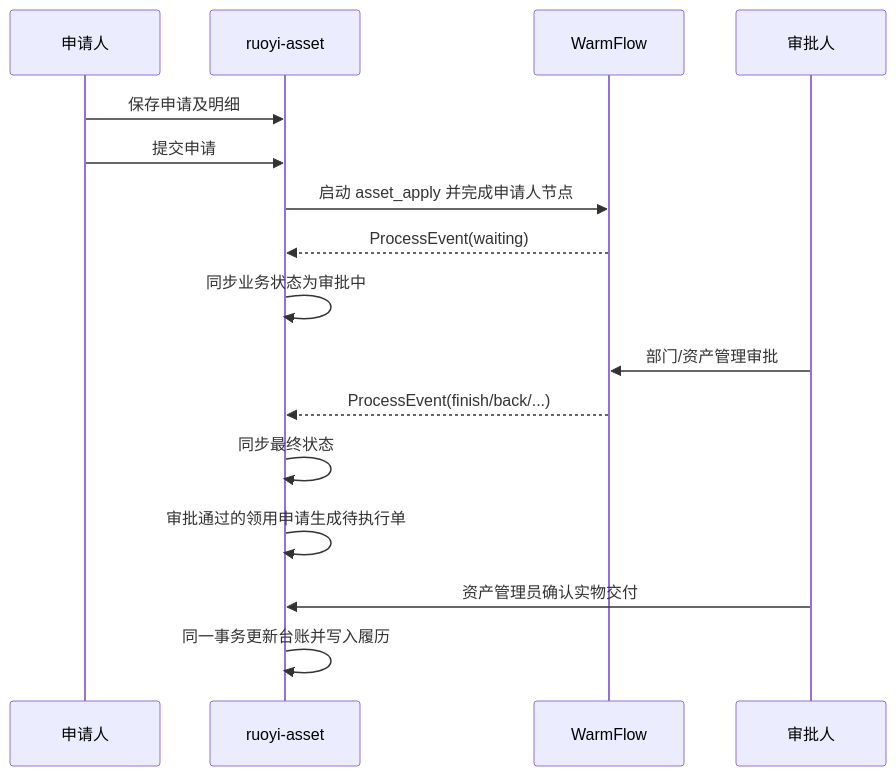
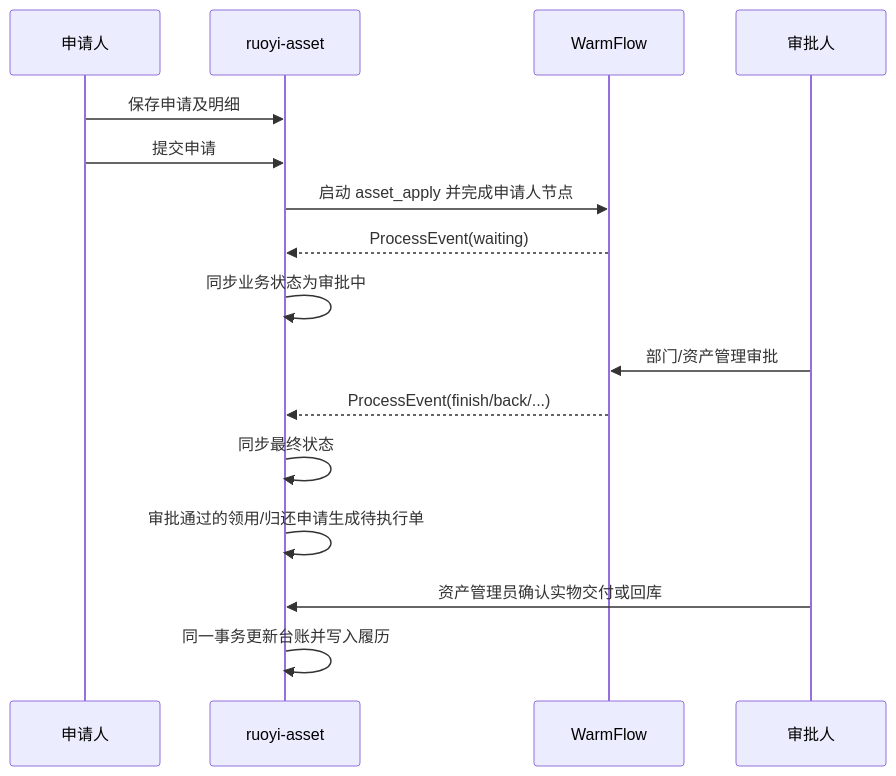
The second of 2 diagrams in backend/docs/03-system-architecture.md (S7c7/enterprise-asset-lifecycle-platform), drawn with Mermaid before and after one commit. The commit also changed other lines of this file and 22 other files, not shown here.

````diff
--- a/backend/docs/03-system-architecture.md
+++ b/backend/docs/03-system-architecture.md
@@ -62,18 +62,18 @@
 ```mermaid
 sequenceDiagram
     participant U as 申请人
     participant A as ruoyi-asset
     participant W as WarmFlow
     participant P as 审批人
     U->>A: 保存申请及明细
     U->>A: 提交申请
     A->>W: 启动 asset_apply 并完成申请人节点
     W-->>A: ProcessEvent(waiting)
     A->>A: 同步业务状态为审批中
     P->>W: 部门/资产管理审批
     W-->>A: ProcessEvent(finish/back/...)
     A->>A: 同步最终状态
-    A->>A: 审批通过的领用申请生成待执行单
-    P->>A: 资产管理员确认实物交付
+    A->>A: 审批通过的领用/归还申请生成待执行单
+    P->>A: 资产管理员确认实物交付或回库
     A->>A: 同一事务更新台账并写入履历
 ```
````
